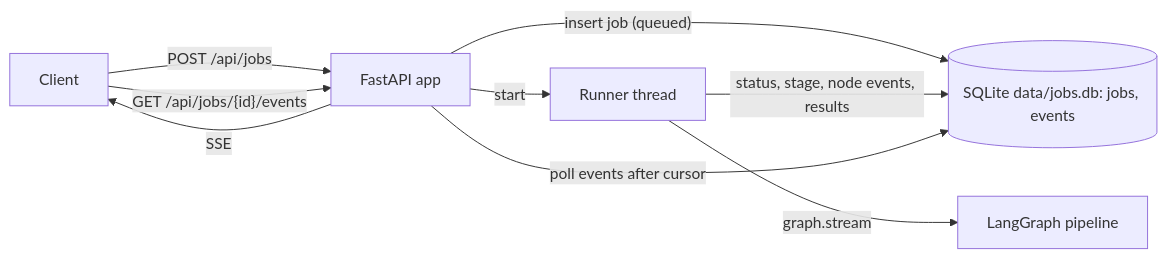
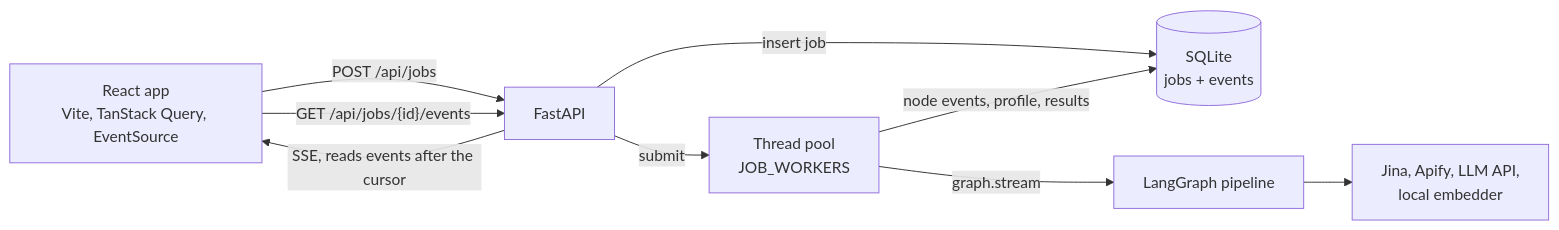
The second of 2 diagrams in README.md (Jamessurapat26/tiktok-kol-matcher), drawn with Mermaid before and after one commit. The commit also changed other lines of this file and 9 other files, not shown here.

Commit message:
Rewrite README with screenshots, architecture, and trade-offs (#10)

````diff
--- a/README.md
+++ b/README.md
@@ -53,11 +236,11 @@
 ```mermaid
 flowchart LR
-    C[Client] -->|"POST /api/jobs"| API[FastAPI app]
-    API -->|"insert job (queued)"| DB[("SQLite data/jobs.db: jobs, events")]
-    API -->|"start"| RUN[Runner thread]
-    RUN -->|"graph.stream"| G[LangGraph pipeline]
-    RUN -->|"status, stage, node events, results"| DB
-    C -->|"GET /api/jobs/{id}/events"| API
-    API -->|"poll events after cursor"| DB
-    API -->|"SSE"| C
+    UI["React app<br/>Vite, TanStack Query, EventSource"] -->|"POST /api/jobs"| API[FastAPI]
+    API -->|"insert job"| DB[("SQLite<br/>jobs + events")]
+    API -->|"submit"| POOL["Thread pool<br/>JOB_WORKERS"]
+    POOL -->|"graph.stream"| G[LangGraph pipeline]
+    POOL -->|"node events, profile, results"| DB
+    UI -->|"GET /api/jobs/{id}/events"| API
+    API -->|"SSE, reads events after the cursor"| UI
+    G --> EXT["Jina, Apify, LLM API,<br/>local embedder"]
 ```
````
